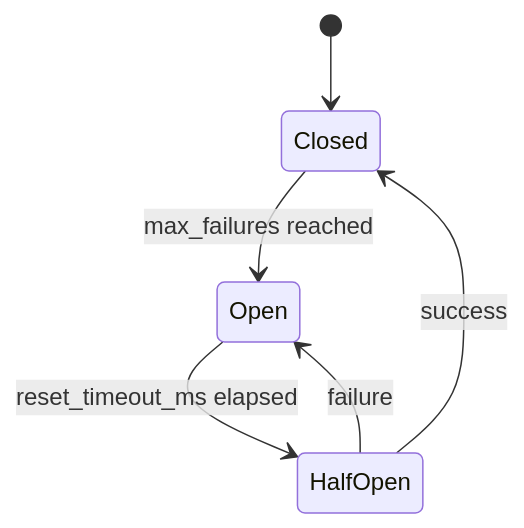
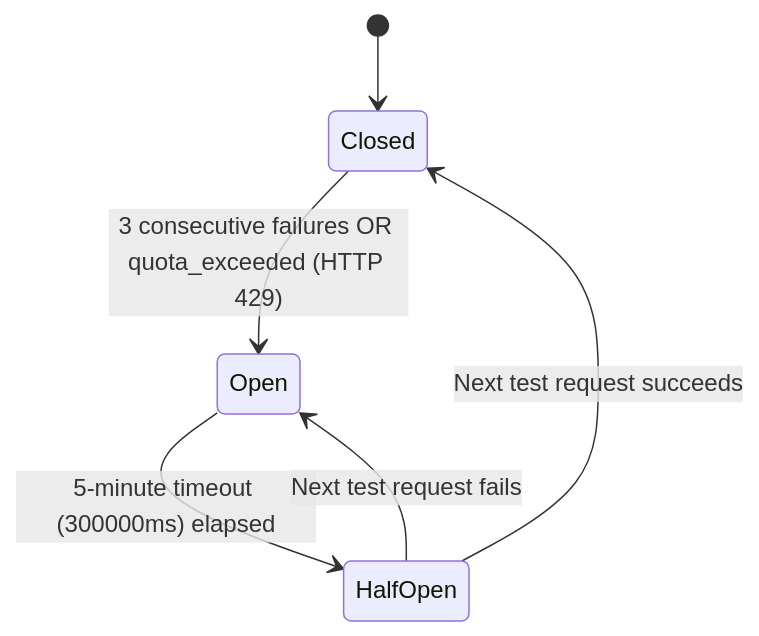
The second of 3 diagrams in PRD.md (Geraldow/iris), drawn with Mermaid before and after one commit. The commit also changed other lines of this file and 277 other files, not shown here.

First line of the commit message:
feat: iris v2 — Odoo orchestration + excalidraw diagram integration

````diff
--- a/PRD.md
+++ b/PRD.md
@@ -285,8 +184,8 @@
 ```mermaid
 stateDiagram-v2
     [*] --> Closed
-    Closed --> Open : max_failures reached
-    Open --> HalfOpen : reset_timeout_ms elapsed
-    HalfOpen --> Closed : success
-    HalfOpen --> Open : failure
+    Closed --> Open : 3 consecutive failures OR quota_exceeded (HTTP 429)
+    Open --> HalfOpen : 5-minute timeout (300000ms) elapsed
+    HalfOpen --> Closed : Next test request succeeds
+    HalfOpen --> Open : Next test request fails
 ```
````
